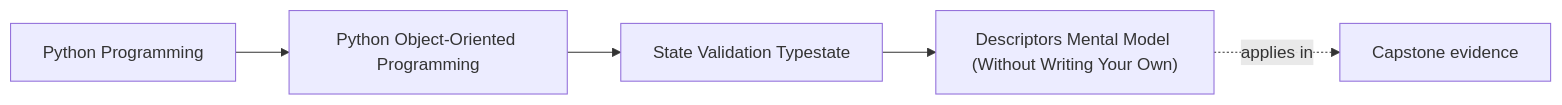
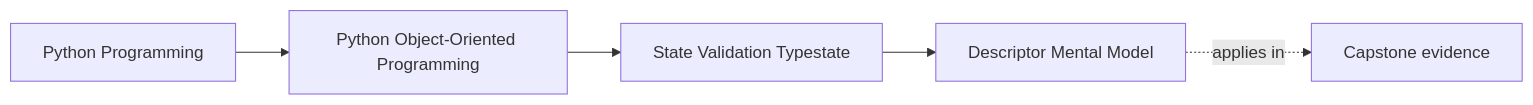
One commit to bijux/bijux-masterclass changed the first of 2 diagrams in programs/python-programming/python-object-oriented-programming/course-book/module-03-state-validation-typestate/descriptor-mental-model.md. Above: the diagram before and after it, drawn with Mermaid. The commit also changed other lines of this file, not shown here.

Commit message:
docs(oop): explain descriptors as ordinary attribute machinery

````diff
--- a/programs/python-programming/python-object-oriented-programming/course-book/module-03-state-validation-typestate/descriptor-mental-model.md
+++ b/programs/python-programming/python-object-oriented-programming/course-book/module-03-state-validation-typestate/descriptor-mental-model.md
@@ -7,11 +6,11 @@
 ```mermaid
 graph LR
   family["Python Programming"]
   program["Python Object-Oriented Programming"]
   section["State Validation Typestate"]
-  page["Descriptors Mental Model (Without Writing Your Own)"]
+  page["Descriptor Mental Model"]
   capstone["Capstone evidence"]
 
   family --> program --> section --> page
   page -.applies in.-> capstone
 ```
````
